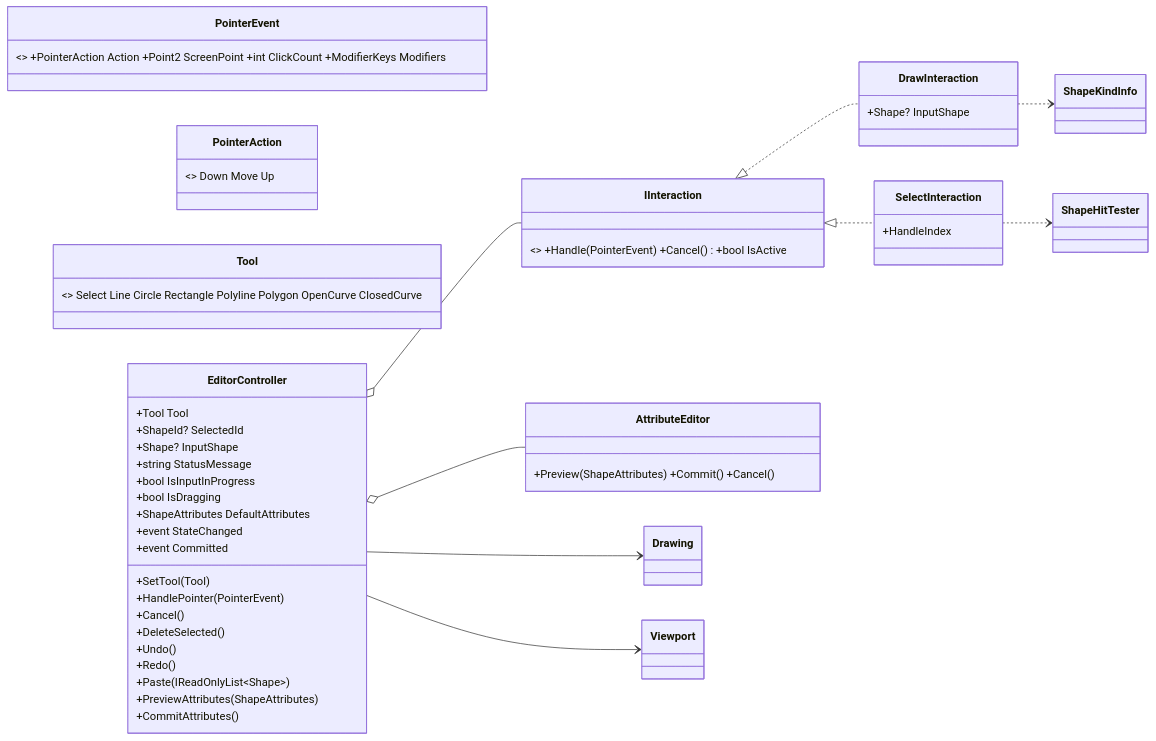
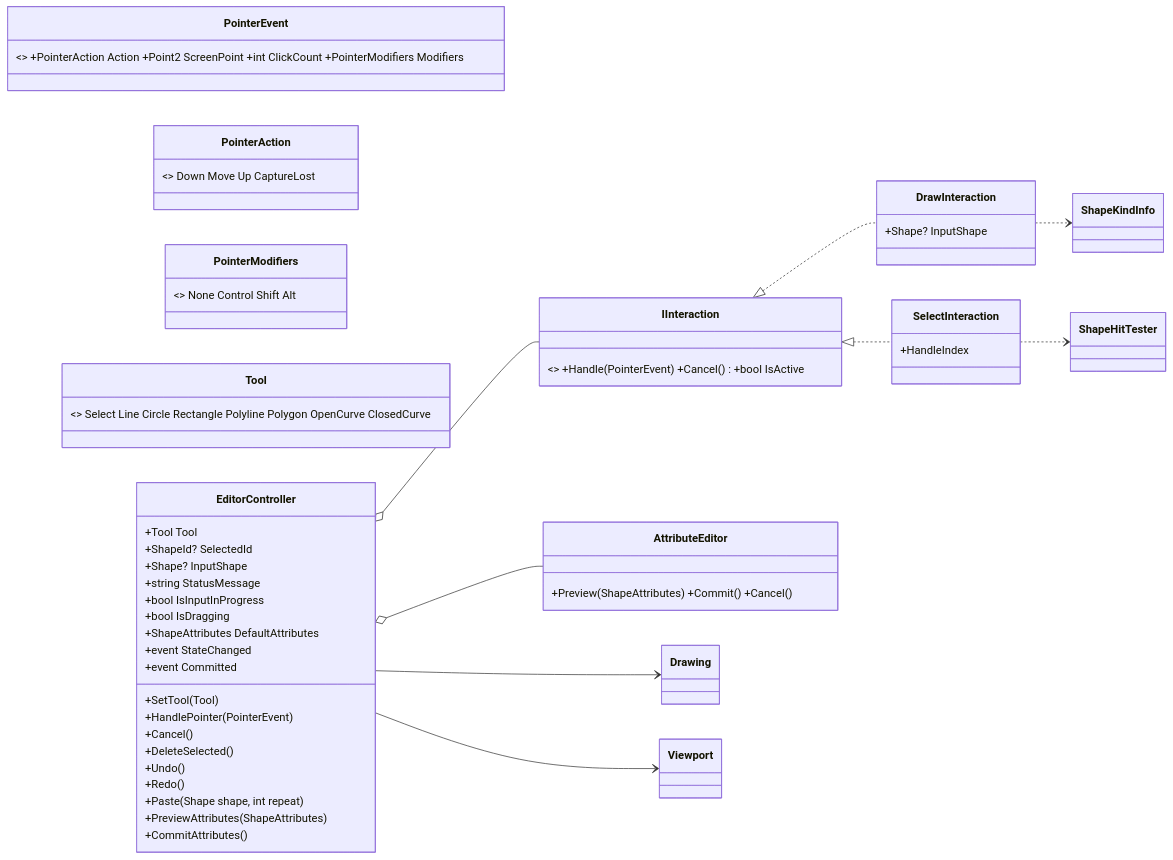
Before and after one commit to Fujiwo/Shos.WpfCadSample: the fourth of 11 diagrams in Documents/20261105-cad-architecture.md, drawn with Mermaid. The commit also changed other lines of this file and 2 other files, not shown here.

First line of the commit message:
Update CAD progress and architecture review documentation

````diff
--- a/Documents/20261105-cad-architecture.md
+++ b/Documents/20261105-cad-architecture.md
@@ -271,39 +282,40 @@
 ```mermaid
 classDiagram
     direction LR
-    class PointerEvent { <<record>> +PointerAction Action +Point2 ScreenPoint +int ClickCount +ModifierKeys Modifiers }
-    class PointerAction { <<enum>> Down Move Up }
+    class PointerEvent { <<record>> +PointerAction Action +Point2 ScreenPoint +int ClickCount +PointerModifiers Modifiers }
+    class PointerAction { <<enum>> Down Move Up CaptureLost }
+    class PointerModifiers { <<flags enum>> None Control Shift Alt }
     class Tool { <<enum>> Select Line Circle Rectangle Polyline Polygon OpenCurve ClosedCurve }
     class EditorController {
         +Tool Tool
         +ShapeId? SelectedId
         +Shape? InputShape
         +string StatusMessage
         +bool IsInputInProgress
         +bool IsDragging
         +ShapeAttributes DefaultAttributes
         +event StateChanged
         +event Committed
         +SetTool(Tool)
         +HandlePointer(PointerEvent)
         +Cancel()
         +DeleteSelected()
         +Undo()
         +Redo()
-        +Paste(IReadOnlyList~Shape~)
+        +Paste(Shape shape, int repeat)
         +PreviewAttributes(ShapeAttributes)
         +CommitAttributes()
     }
     class IInteraction { <<interface>> +Handle(PointerEvent) +Cancel() +bool IsActive }
     class DrawInteraction { +Shape? InputShape }
     class SelectInteraction { +HandleIndex }
     class AttributeEditor { +Preview(ShapeAttributes) +Commit() +Cancel() }
     EditorController --> Drawing
     EditorController --> Viewport
     EditorController o-- IInteraction
     IInteraction <|.. DrawInteraction
     IInteraction <|.. SelectInteraction
     EditorController o-- AttributeEditor
     DrawInteraction ..> ShapeKindInfo
     SelectInteraction ..> ShapeHitTester
 ```
````
